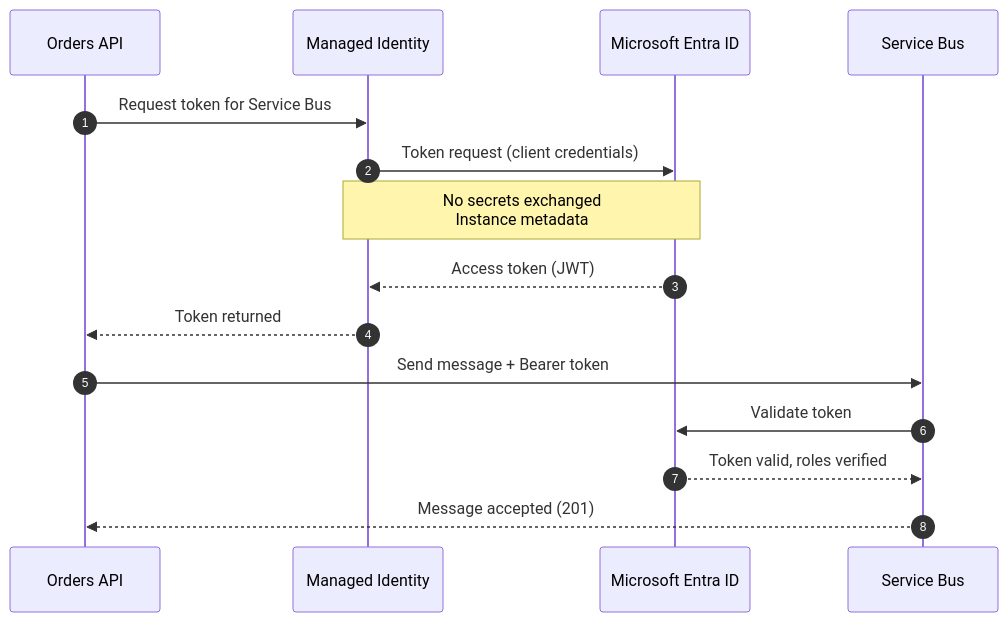
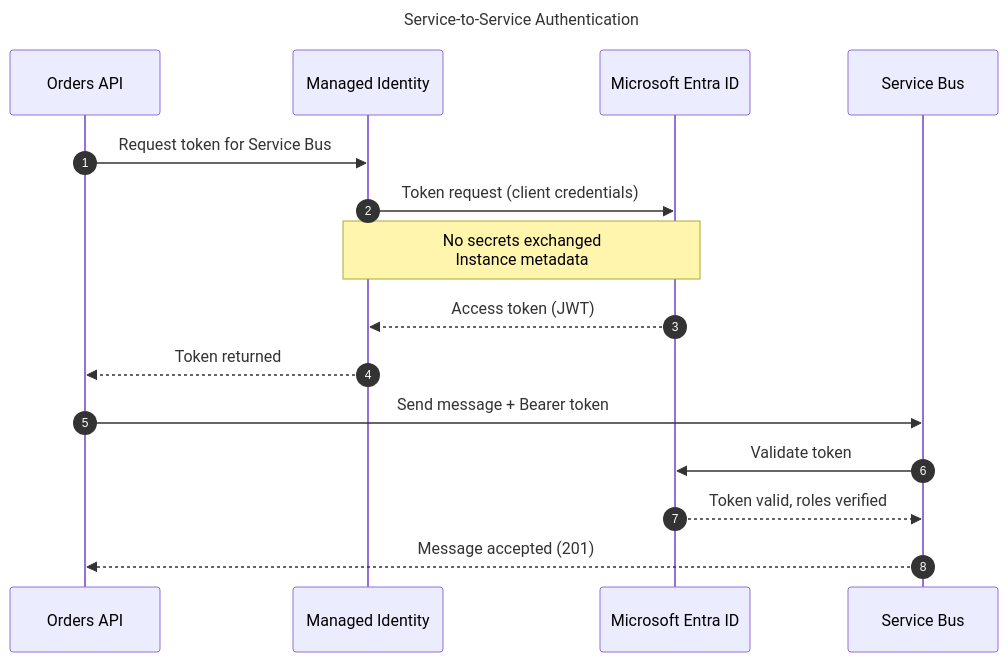
Before and after one commit to Evilazaro/Azure-LogicApps-Monitoring: the third of 5 diagrams in docs/architecture/06-security-architecture.md, drawn with Mermaid. The commit also changed other lines of this file, not shown here.

Commit message:
feat: Revise security architecture diagrams with enhanced structure, connections, and visual styles

````diff
--- a/docs/architecture/06-security-architecture.md
+++ b/docs/architecture/06-security-architecture.md
@@ -155,20 +194,23 @@
 ```mermaid
+---
+title: Service-to-Service Authentication
+---
 sequenceDiagram
     autonumber
     participant API as Orders API
     participant MI as Managed Identity
     participant Entra as Microsoft Entra ID
     participant SB as Service Bus
 
     API->>MI: Request token for Service Bus
     MI->>Entra: Token request (client credentials)
     Note over MI,Entra: No secrets exchanged<br/>Instance metadata
 
     Entra-->>MI: Access token (JWT)
     MI-->>API: Token returned
 
     API->>SB: Send message + Bearer token
     SB->>Entra: Validate token
     Entra-->>SB: Token valid, roles verified
     SB-->>API: Message accepted (201)
 ```
````
